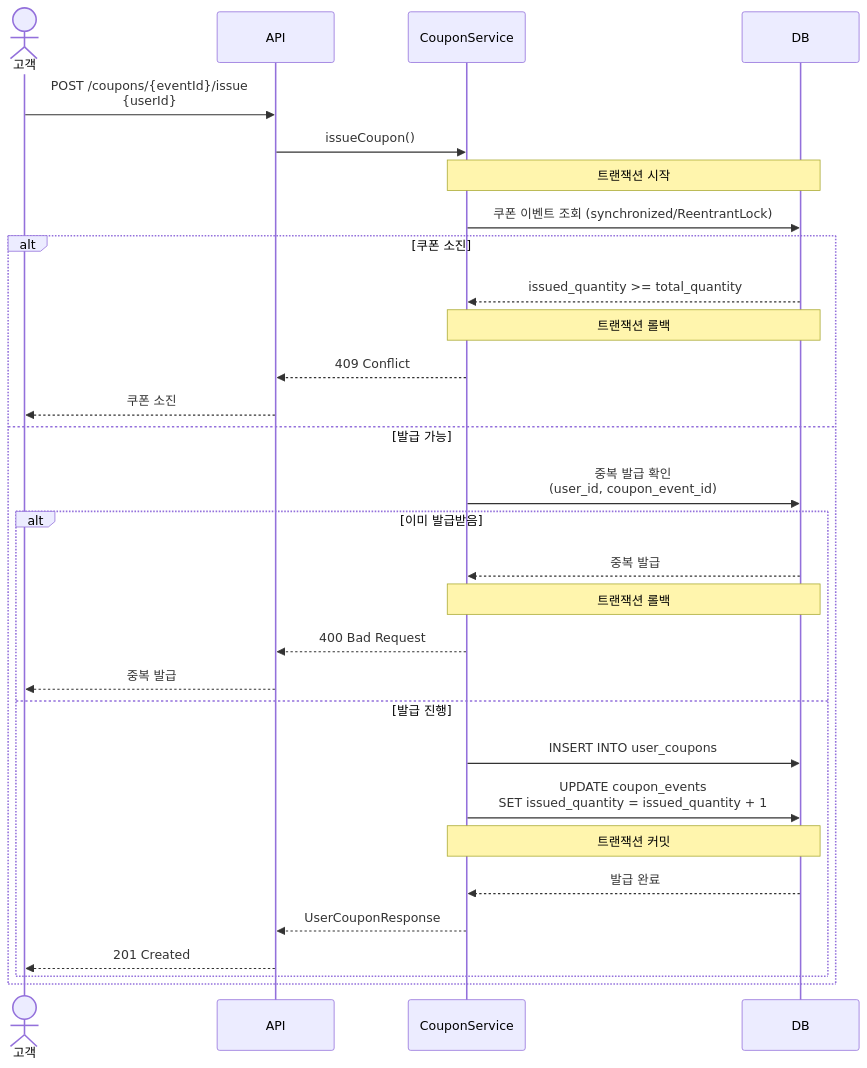
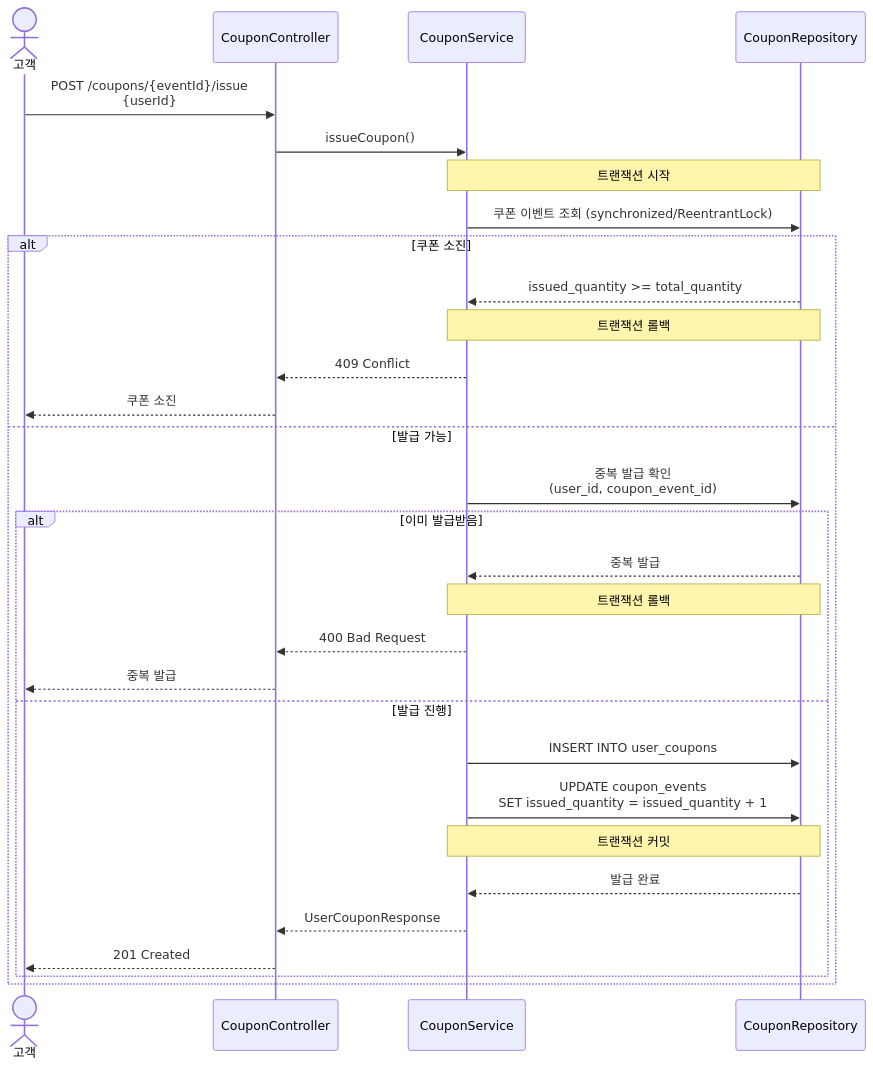
The seventh of 8 diagrams in week2-api-design-management/api-swagger/docs/api/sequence-diagrams.md (jaedeokhan/start-study), drawn with Mermaid before and after one commit. The commit also changed other lines of this file, not shown here.

Commit message:
refact: 쿠폰 발급, 조회 시퀀스 다이어그램 수정

````diff
--- a/week2-api-design-management/api-swagger/docs/api/sequence-diagrams.md
+++ b/week2-api-design-management/api-swagger/docs/api/sequence-diagrams.md
@@ -288,41 +260,41 @@
 ```mermaid
 sequenceDiagram
     actor 고객
-    participant API
+    participant CouponController
     participant CouponService
-    participant DB
+    participant CouponRepository
 
-    고객->>API: POST /coupons/{eventId}/issue<br/>{userId}
-    API->>CouponService: issueCoupon()
+    고객->>CouponController: POST /coupons/{eventId}/issue<br/>{userId}
+    CouponController->>CouponService: issueCoupon()
 
-    Note over CouponService,DB: 트랜잭션 시작
+    Note over CouponService,CouponRepository: 트랜잭션 시작
 
-    CouponService->>DB: 쿠폰 이벤트 조회 (synchronized/ReentrantLock)
+    CouponService->>CouponRepository: 쿠폰 이벤트 조회 (synchronized/ReentrantLock)
 
     alt 쿠폰 소진
-        DB-->>CouponService: issued_quantity >= total_quantity
-        Note over CouponService,DB: 트랜잭션 롤백
-        CouponService-->>API: 409 Conflict
-        API-->>고객: 쿠폰 소진
+        CouponRepository-->>CouponService: issued_quantity >= total_quantity
+        Note over CouponService,CouponRepository: 트랜잭션 롤백
+        CouponService-->>CouponController: 409 Conflict
+        CouponController-->>고객: 쿠폰 소진
 
     else 발급 가능
-        CouponService->>DB: 중복 발급 확인<br/>(user_id, coupon_event_id)
+        CouponService->>CouponRepository: 중복 발급 확인<br/>(user_id, coupon_event_id)
 
         alt 이미 발급받음
-            DB-->>CouponService: 중복 발급
-            Note over CouponService,DB: 트랜잭션 롤백
-            CouponService-->>API: 400 Bad Request
-            API-->>고객: 중복 발급
+            CouponRepository-->>CouponService: 중복 발급
+            Note over CouponService,CouponRepository: 트랜잭션 롤백
+            CouponService-->>CouponController: 400 Bad Request
+            CouponController-->>고객: 중복 발급
 
         else 발급 진행
-            CouponService->>DB: INSERT INTO user_coupons
-            CouponService->>DB: UPDATE coupon_events<br/>SET issued_quantity = issued_quantity + 1
+            CouponService->>CouponRepository: INSERT INTO user_coupons
+            CouponService->>CouponRepository: UPDATE coupon_events<br/>SET issued_quantity = issued_quantity + 1
 
-            Note over CouponService,DB: 트랜잭션 커밋
+            Note over CouponService,CouponRepository: 트랜잭션 커밋
 
-            DB-->>CouponService: 발급 완료
-            CouponService-->>API: UserCouponResponse
-            API-->>고객: 201 Created
+            CouponRepository-->>CouponService: 발급 완료
+            CouponService-->>CouponController: UserCouponResponse
+            CouponController-->>고객: 201 Created
         end
     end
 ```
````
